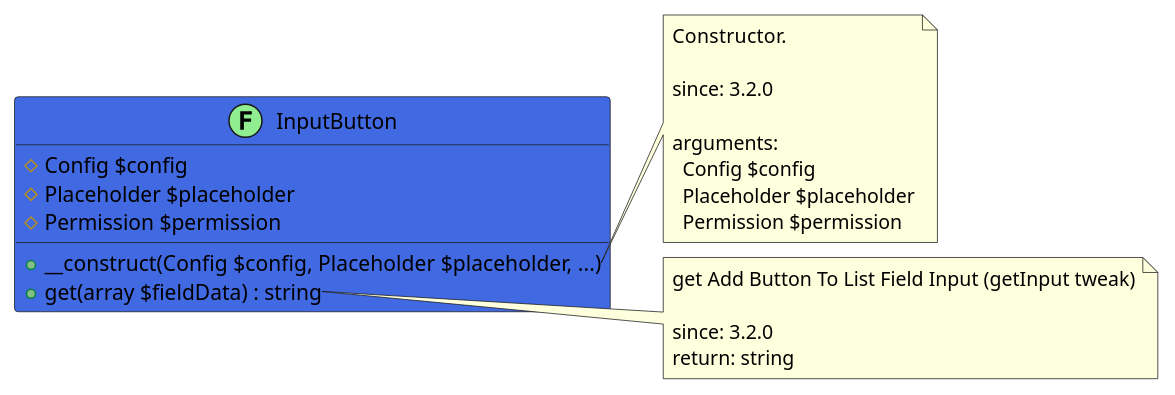
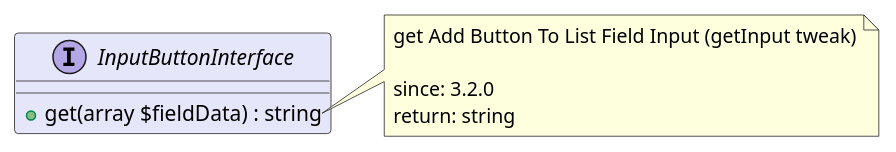
The diagram in src/c600f58c-3fe2-4d2d-b711-2660eab6effe/README.md (joomengine/jcb-compiler), drawn with PlantUML before and after one commit. The commit also changed other lines of this file and 399 other files, not shown here.

````diff
--- a/src/c600f58c-3fe2-4d2d-b711-2660eab6effe/README.md
+++ b/src/c600f58c-3fe2-4d2d-b711-2660eab6effe/README.md
@@ -11,30 +11,15 @@
 ```uml
 @startuml
-class InputButton << (F,LightGreen) >> #RoyalBlue {
-  # Config $config
-  # Placeholder $placeholder
-  # Permission $permission
-  + __construct(Config $config, Placeholder $placeholder, ...)
+interface InputButtonInterface  #Lavender {
   + get(array $fieldData) : string
 }
 
-note right of InputButton::__construct
-  Constructor.
-
-  since: 3.2.0
-  
-  arguments:
-    Config $config
-    Placeholder $placeholder
-    Permission $permission
-end note
-
-note right of InputButton::get
+note right of InputButtonInterface::get
   get Add Button To List Field Input (getInput tweak)
 
   since: 3.2.0
   return: string
 end note
  
 @enduml
 ```
````
